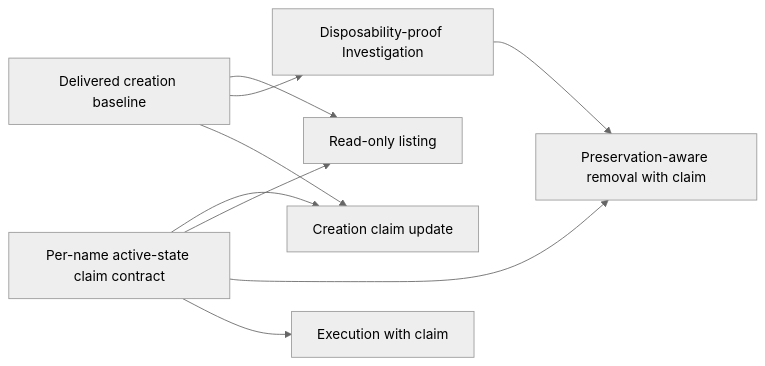
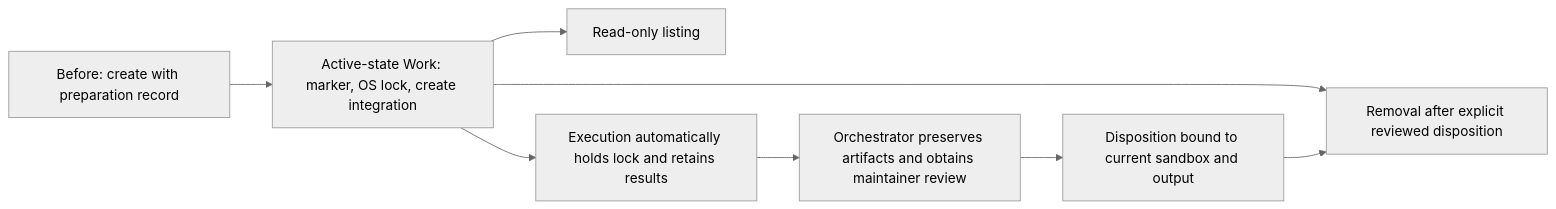
Before and after one commit to msitarz/ataraxia: the diagram in doc/feat/evaluation-sandboxes/lifecycle/README.md, drawn with Mermaid (neutral theme). The commit also changed other lines of this file and 7 other files, not shown here.

````diff
--- a/doc/feat/evaluation-sandboxes/lifecycle/README.md
+++ b/doc/feat/evaluation-sandboxes/lifecycle/README.md
@@ -10,11 +16,10 @@
 ```mermaid
 flowchart LR
-    B[Delivered creation baseline] --> L[Read-only listing]
-    B --> I[Disposability-proof Investigation]
-    B --> C[Creation claim update]
-    A[Per-name active-state claim contract] --> C
-    A --> L
-    A --> R[Preservation-aware removal with claim]
-    I --> R
-    A --> E[Execution with claim]
+    B[Before: create with preparation record] --> A[Active-state Work: marker, OS lock, create integration]
+    A --> L[Read-only listing]
+    A --> R[Removal after explicit reviewed disposition]
+    A --> E[Execution automatically holds lock and retains results]
+    E --> O[Orchestrator preserves artifacts and obtains maintainer review]
+    O --> D[Disposition bound to current sandbox and output]
+    D --> R
 ```
````
